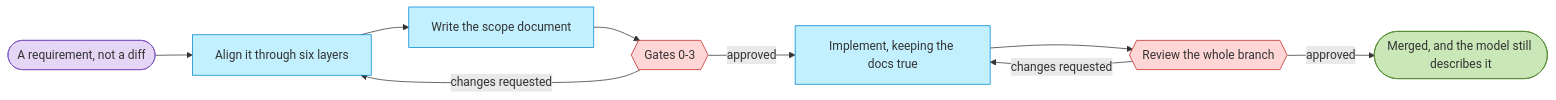
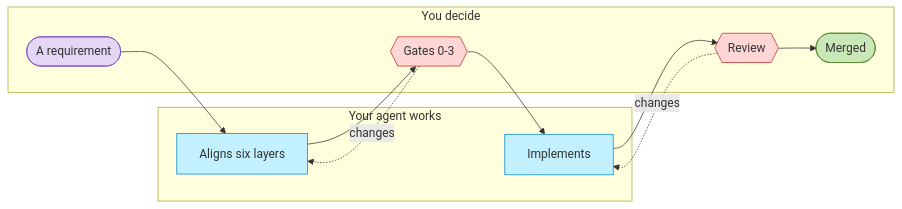
The diagram in README.md (roanboc/archreator), drawn with Mermaid before and after one commit. The commit also changed other lines of this file, not shown here.

Commit message:
docs: the diagram becomes two lanes instead of one long strip
Seven nodes in a single row rendered 2071 by 113 - an 18:1 strip that
GitHub scaled to 49% to fit its content column, which is why the text was
small and the last label was clipped by the zoom controls.

Splitting the actors into two lanes turns it into 1173 by 259. That fits
the column at 86%, so the text renders about 1.75 times larger, and it is
still short enough not to push the quick start below the fold.

Measured rather than guessed: fifteen layouts were rendered and their
bounding boxes compared. The findings worth keeping are that lane width is
set by the longest label in it, and that edge labels on the happy path cost
about 250px for nothing a reader needs - the arrows already say it. Only
the two dotted return edges keep a label, because those are the part that
needs explaining.

Merged moves into the lane the person owns, which costs no width and is
where merging actually happens.

````diff
--- a/README.md
+++ b/README.md
@@ -31,21 +31,23 @@
 ```mermaid
 flowchart LR
-  ask(["A requirement, not a diff"]):::human
-  layers["Align it through six layers"]:::ai
-  scope["Write the scope document"]:::ai
-  gate{{"Gates 0-3"}}:::gate
-  build["Implement, keeping the docs true"]:::ai
-  review{{"Review the whole branch"}}:::gate
-  merged(["Merged, and the model still describes it"]):::done
-
-  ask --> layers --> scope --> gate
-  gate -->|changes requested| layers
-  gate -->|approved| build --> review
-  review -->|changes requested| build
-  review -->|approved| merged
+  subgraph A["&nbsp;&nbsp;Your agent works&nbsp;&nbsp;"]
+    design["Aligns six layers"]:::ai
+    build["Implements"]:::ai
+  end
+  subgraph H["&nbsp;&nbsp;You decide&nbsp;&nbsp;"]
+    ask(["A requirement"]):::human
+    gate{{"Gates 0-3"}}:::gate
+    review{{"Review"}}:::gate
+    merged(["Merged"]):::done
+  end
+  ask --> design --> gate
+  gate --> build --> review
+  review --> merged
+  gate -.->|changes| design
+  review -.->|changes| build
 
   classDef human fill:#e6d6f5,stroke:#7e57c2,color:#333
   classDef ai fill:#c2f0ff,stroke:#0288d1,color:#333
   classDef gate fill:#ffd6d6,stroke:#c62828,color:#333
   classDef done fill:#c9e7b7,stroke:#558b2f,color:#333
 ```
````
